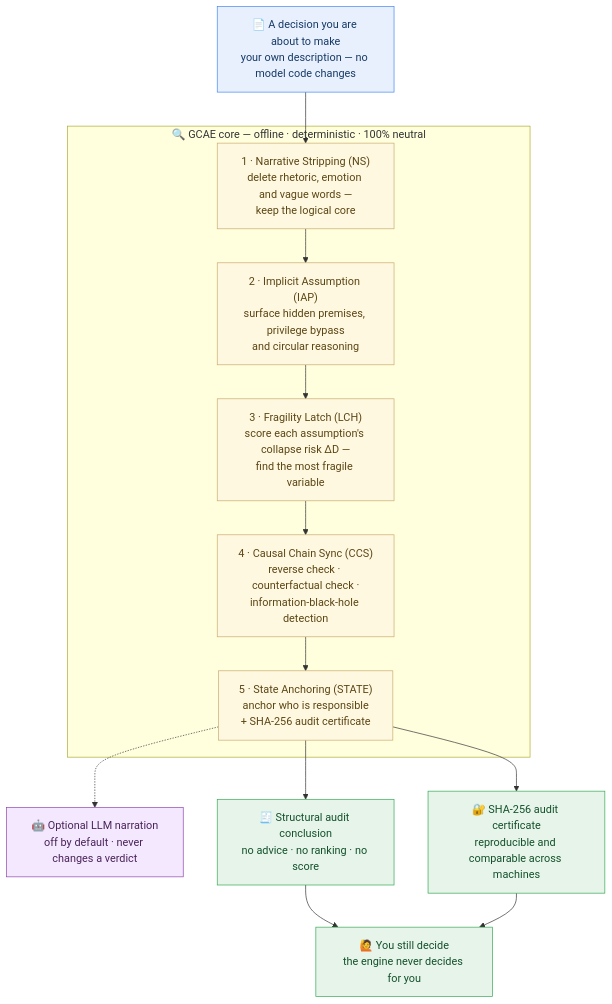
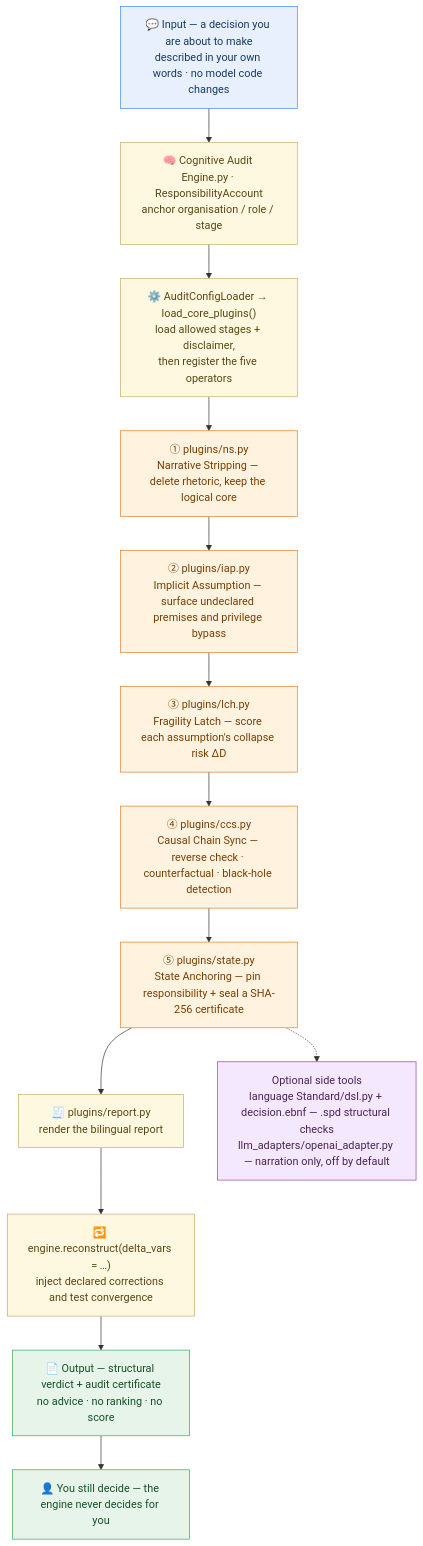
The diagram in README.md (NOHN-AI/second-perspective), drawn with Mermaid before and after one commit. The commit also changed other lines of this file and 1 other file, not shown here.

Commit message:
docs: redraw architecture as a module-level flowchart (EN+ZH)

````diff
--- a/README.md
+++ b/README.md
@@ -40,37 +40,45 @@
 ```mermaid
 flowchart TB
-    IN["📄 A decision you are about to make<br/>your own description — no model code changes"]
+    IN["💬 Input — a decision you are about to make<br/>described in your own words · no model code changes"]
 
-    subgraph CORE["🔍 GCAE core — offline · deterministic · 100% neutral"]
-        P1["1 · Narrative Stripping (NS)<br/>delete rhetoric, emotion and vague words —<br/>keep the logical core"]
-        P2["2 · Implicit Assumption (IAP)<br/>surface hidden premises, privilege bypass<br/>and circular reasoning"]
-        P3["3 · Fragility Latch (LCH)<br/>score each assumption's collapse risk ΔD —<br/>find the most fragile variable"]
-        P4["4 · Causal Chain Sync (CCS)<br/>reverse check · counterfactual check ·<br/>information-black-hole detection"]
-        P5["5 · State Anchoring (STATE)<br/>anchor who is responsible<br/>+ SHA-256 audit certificate"]
-    end
+    E1["🧠 Cognitive Audit Engine.py · ResponsibilityAccount<br/>anchor organisation / role / stage"]
+    E2["⚙️ AuditConfigLoader → load_core_plugins()<br/>load allowed stages + disclaimer,<br/>then register the five operators"]
 
-    LLM["🤖 Optional LLM narration<br/>off by default · never changes a verdict"]
-    OUT1["🧾 Structural audit conclusion<br/>no advice · no ranking · no score"]
-    OUT2["🔐 SHA-256 audit certificate<br/>reproducible and comparable across machines"]
-    HUMAN["🙋 You still decide<br/>the engine never decides for you"]
+    A1["① plugins/ns.py<br/>Narrative Stripping — delete rhetoric, keep the logical core"]
+    A2["② plugins/iap.py<br/>Implicit Assumption — surface undeclared premises and privilege bypass"]
+    A3["③ plugins/lch.py<br/>Fragility Latch — score each assumption's collapse risk ΔD"]
+    A4["④ plugins/ccs.py<br/>Causal Chain Sync — reverse check · counterfactual · black-hole detection"]
+    A5["⑤ plugins/state.py<br/>State Anchoring — pin responsibility + seal a SHA-256 certificate"]
 
-    IN --> P1
-    P1 --> P2
-    P2 --> P3
-    P3 --> P4
-    P4 --> P5
-    P5 --> OUT1
-    P5 --> OUT2
-    P5 -.-> LLM
-    OUT1 --> HUMAN
-    OUT2 --> HUMAN
+    R["🧾 plugins/report.py<br/>render the bilingual report"]
+    RC["🔁 engine.reconstruct(delta_vars = …)<br/>inject declared corrections and test convergence"]
+
+    SIDE["Optional side tools<br/>language Standard/dsl.py + decision.ebnf — .spd structural checks<br/>llm_adapters/openai_adapter.py — narration only, off by default"]
+
+    OUT["📄 Output — structural verdict + audit certificate<br/>no advice · no ranking · no score"]
+    HUMAN["👤 You still decide — the engine never decides for you"]
+
+    IN --> E1
+    E1 --> E2
+    E2 --> A1
+    A1 --> A2
+    A2 --> A3
+    A3 --> A4
+    A4 --> A5
+    A5 --> R
+    R --> RC
+    RC --> OUT
+    OUT --> HUMAN
+    A5 -.-> SIDE
 
     classDef cIn fill:#E8F0FE,stroke:#4285F4,stroke-width:1px,color:#173A66
-    classDef cOp fill:#FFF8E1,stroke:#C9A96E,stroke-width:1px,color:#5B4614
+    classDef cEng fill:#FFF8E1,stroke:#C9A96E,stroke-width:1px,color:#5B4614
+    classDef cOp fill:#FFF3E0,stroke:#E67E22,stroke-width:1px,color:#7A3E00
+    classDef cSide fill:#F3E8FD,stroke:#8E44AD,stroke-width:1px,color:#4A235A
     classDef cOut fill:#E6F4EA,stroke:#34A853,stroke-width:1px,color:#14512B
-    classDef cLlm fill:#F3E8FD,stroke:#8E44AD,stroke-width:1px,color:#4A235A
     class IN cIn
-    class P1,P2,P3,P4,P5 cOp
-    class LLM cLlm
-    class OUT1,OUT2,HUMAN cOut
+    class E1,E2,R,RC cEng
+    class A1,A2,A3,A4,A5 cOp
+    class SIDE cSide
+    class OUT,HUMAN cOut
 ```
````
